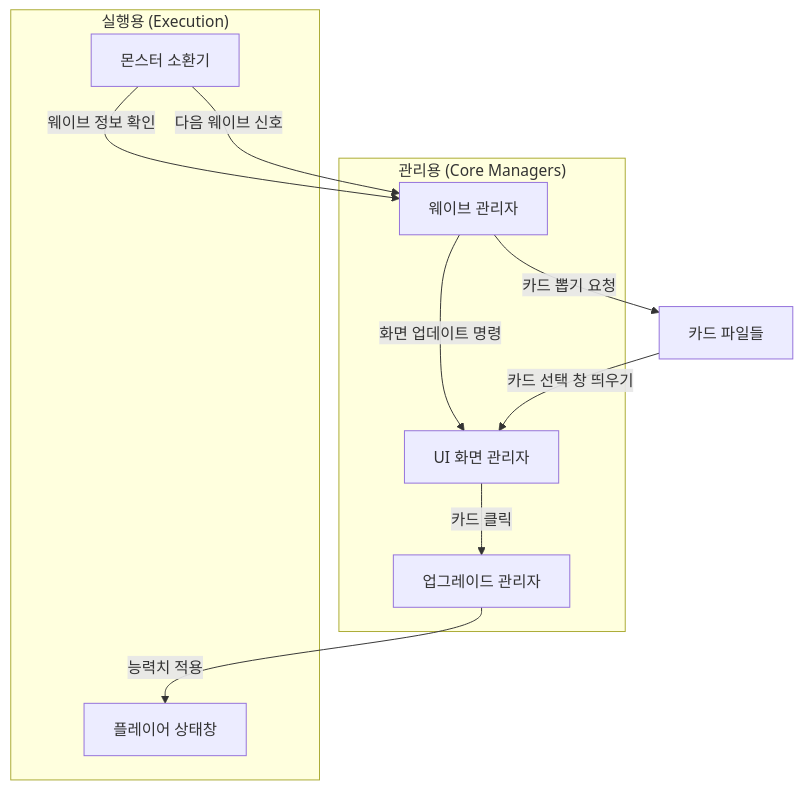
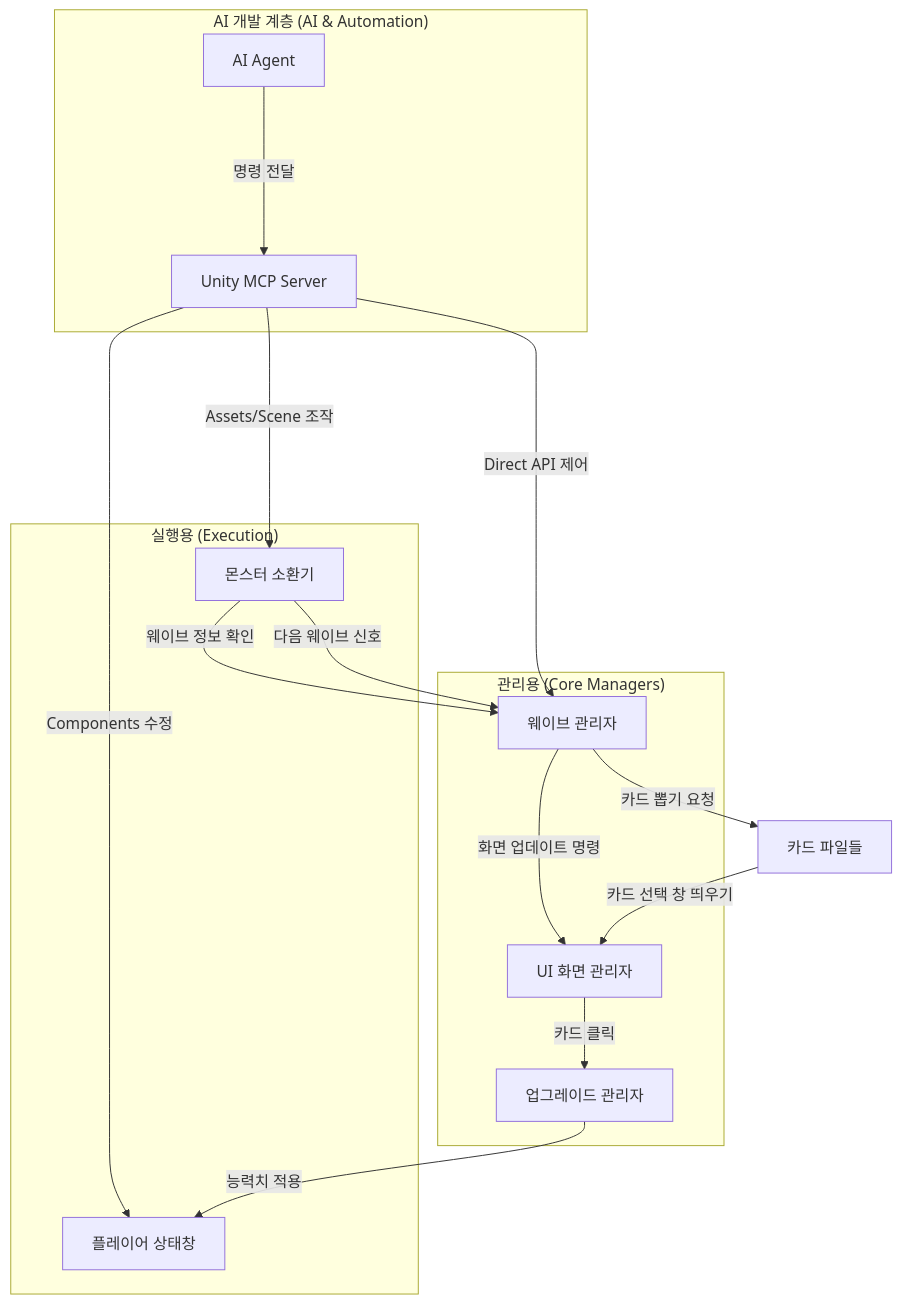
One commit to pdjack/PJ_1 changed the diagram in directives/Architecture/architecture.md. Above: the diagram before and after it, drawn with Mermaid. The commit also changed other lines of this file and 6 other files, not shown here.

````diff
--- a/directives/Architecture/architecture.md
+++ b/directives/Architecture/architecture.md
@@ -27,21 +32,32 @@
 ```mermaid
 graph TD
+    subgraph "AI 개발 계층 (AI & Automation)"
+        AA[AI Agent]
+        MCP[Unity MCP Server]
+    end
+
     subgraph "관리용 (Core Managers)"
         WM[웨이브 관리자]
         UM[UI 화면 관리자]
         UpM[업그레이드 관리자]
     end
 
     subgraph "실행용 (Execution)"
         MS[몬스터 소환기]
         PS[플레이어 상태창]
     end
 
+    %% AI 연동 흐름
+    AA ---->|명령 전달| MCP
+    MCP ---->|Direct API 제어| WM
+    MCP ---->|Assets/Scene 조작| MS
+    MCP ---->|Components 수정| PS
+
     MS -->|웨이브 정보 확인| WM
     WM -->|화면 업데이트 명령| UM
     WM -->|카드 뽑기 요청| CM[카드 파일들]
     CM -->|카드 선택 창 띄우기| UM
     UM -->|카드 클릭| UpM
     UpM -->|능력치 적용| PS
     MS -->|다음 웨이브 신호| WM
 ```
````
